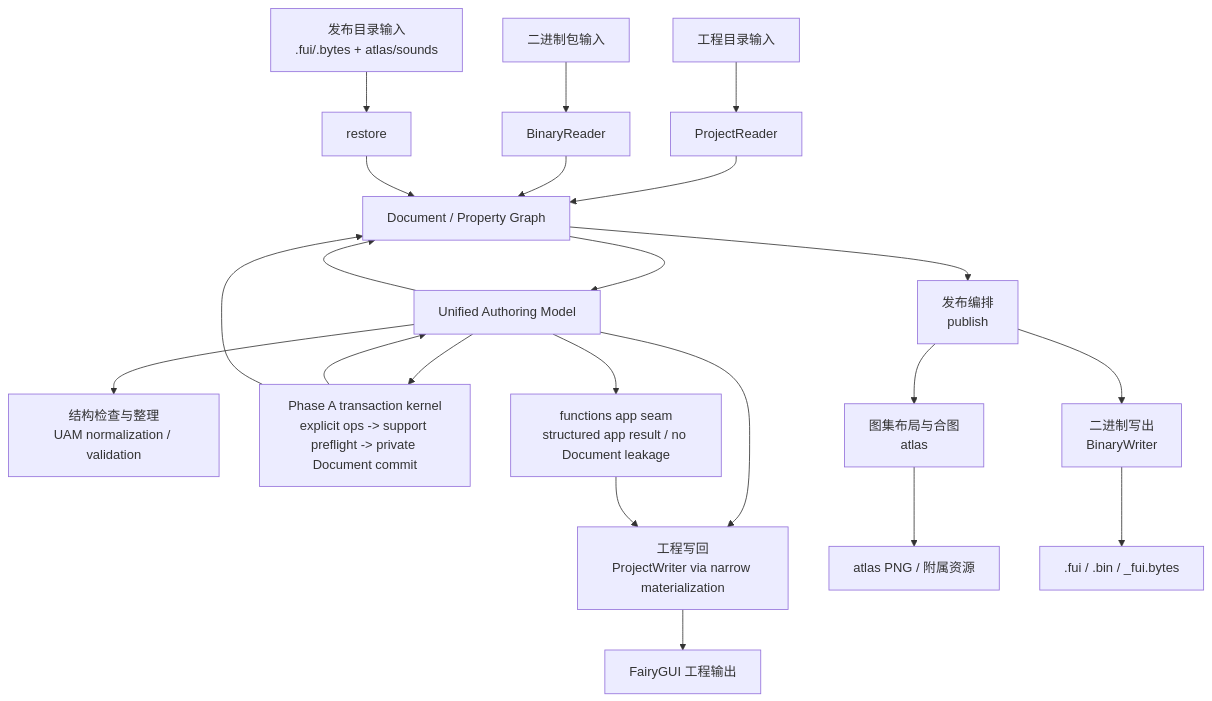
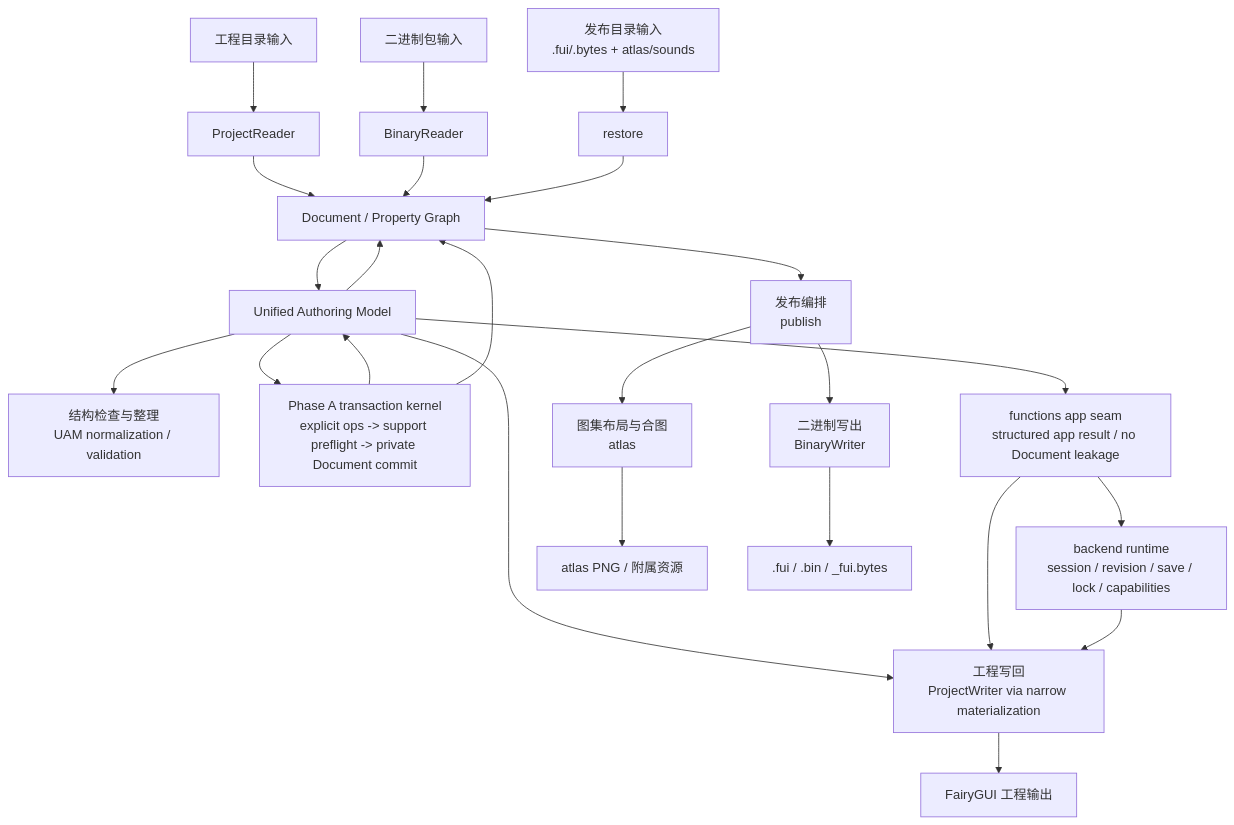
One commit to OpenFairyGUI/OpenFairyGUI changed the second of 2 diagrams in docs/architecture-overview.md. Above: the diagram before and after it, drawn with Mermaid. The commit also changed other lines of this file and 20 other files, not shown here.

First line of the commit message:
feat: add @openfairygui/backend package with stateful backend runtime and session services

````diff
--- a/docs/architecture-overview.md
+++ b/docs/architecture-overview.md
@@ -207,24 +223,26 @@
 ```mermaid
 flowchart TD
     A["工程目录输入"] --> B["ProjectReader"]
     X["二进制包输入"] --> Y["BinaryReader"]
     R["发布目录输入<br/>.fui/.bytes + atlas/sounds"] --> S["restore"]
     B --> C["Document / Property Graph"]
     Y --> C
     S --> C
     C --> U["Unified Authoring Model"]
     U --> D["结构检查与整理<br/>UAM normalization / validation"]
     U --> T["Phase A transaction kernel<br/>explicit ops -> support preflight -> private Document commit"]
     U --> A2["functions app seam<br/>structured app result / no Document leakage"]
+    A2 --> B2["backend runtime<br/>session / revision / save / lock / capabilities"]
     T --> U
     T --> C
     U --> F["工程写回<br/>ProjectWriter via narrow materialization"]
     A2 --> F
+    B2 --> F
     U --> C
     C --> E["发布编排<br/>publish"]
     E --> G["图集布局与合图<br/>atlas"]
     E --> H["二进制写出<br/>BinaryWriter"]
     F --> I["FairyGUI 工程输出"]
     G --> J["atlas PNG / 附属资源"]
     H --> K[".fui / .bin / _fui.bytes"]
 ```
````
